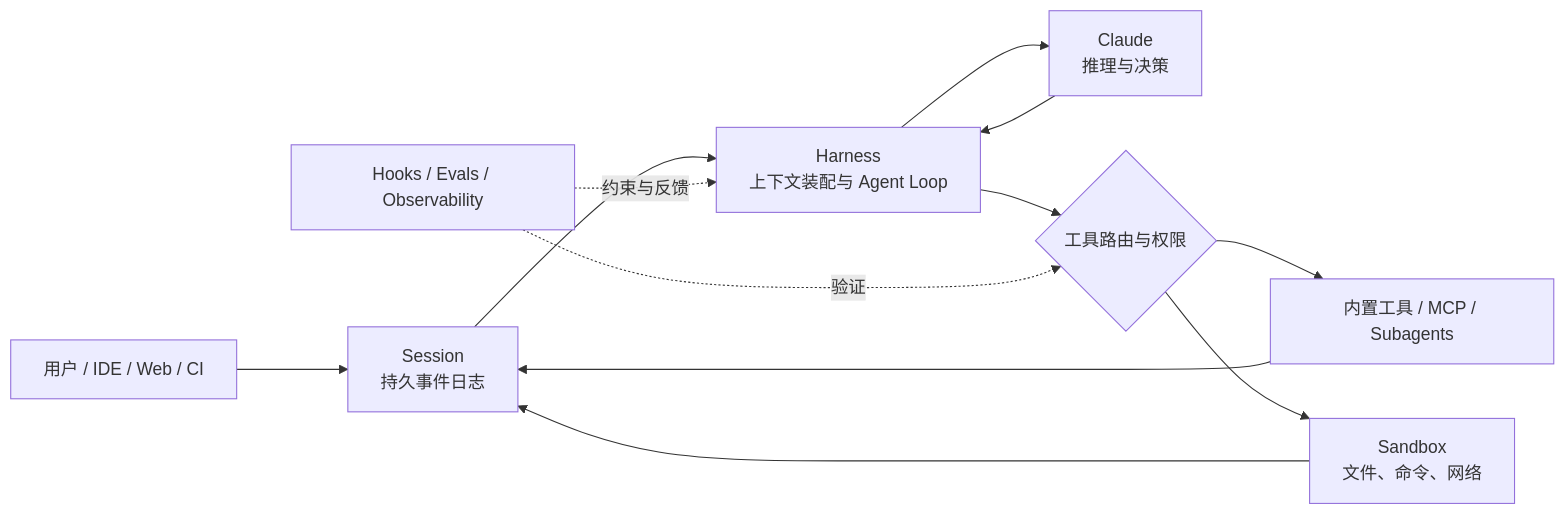
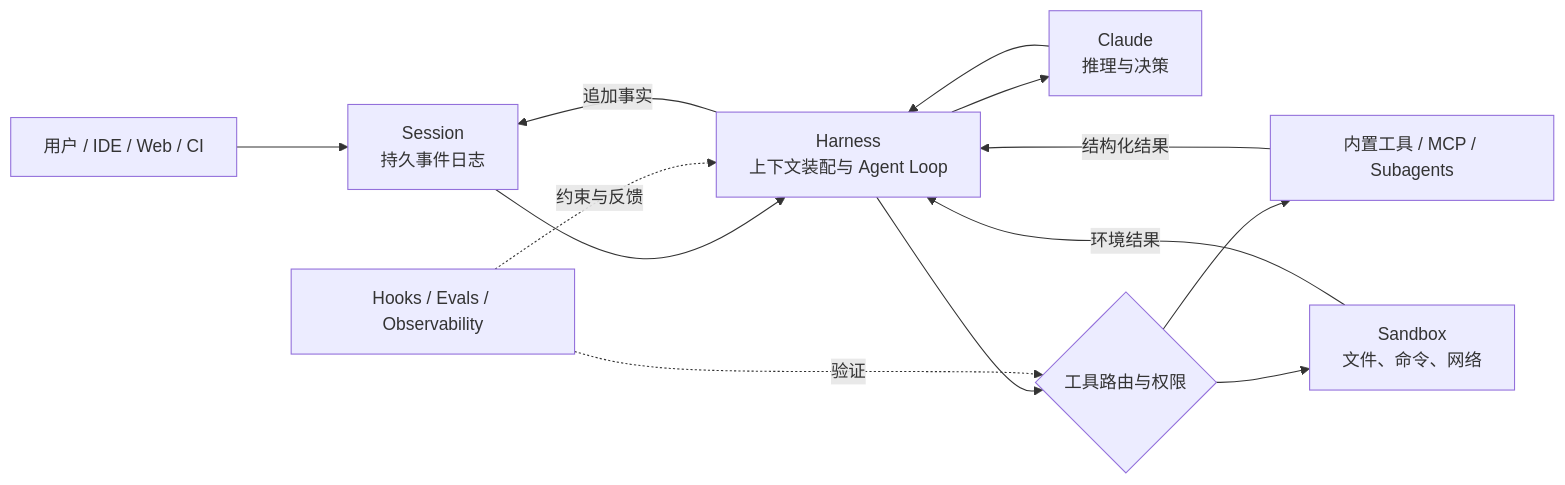
Before and after one commit to MarkingYang/aidea-lab: the diagram in src/content/writing/anthropic-harness.md, drawn with Mermaid. The commit also changed other lines of this file and 51 other files, not shown here.

````diff
--- a/src/content/writing/anthropic-harness.md
+++ b/src/content/writing/anthropic-harness.md
@@ -37,14 +34,15 @@
 ```mermaid
 flowchart LR
   U[用户 / IDE / Web / CI] --> S[Session<br/>持久事件日志]
   S --> H[Harness<br/>上下文装配与 Agent Loop]
   H --> M[Claude<br/>推理与决策]
   M --> H
   H --> R{工具路由与权限}
   R --> T[内置工具 / MCP / Subagents]
   R --> X[Sandbox<br/>文件、命令、网络]
-  T --> S
-  X --> S
+  T -->|结构化结果| H
+  X -->|环境结果| H
+  H -->|追加事实| S
   E[Hooks / Evals / Observability] -.约束与反馈.-> H
   E -.验证.-> R
 ```
````
